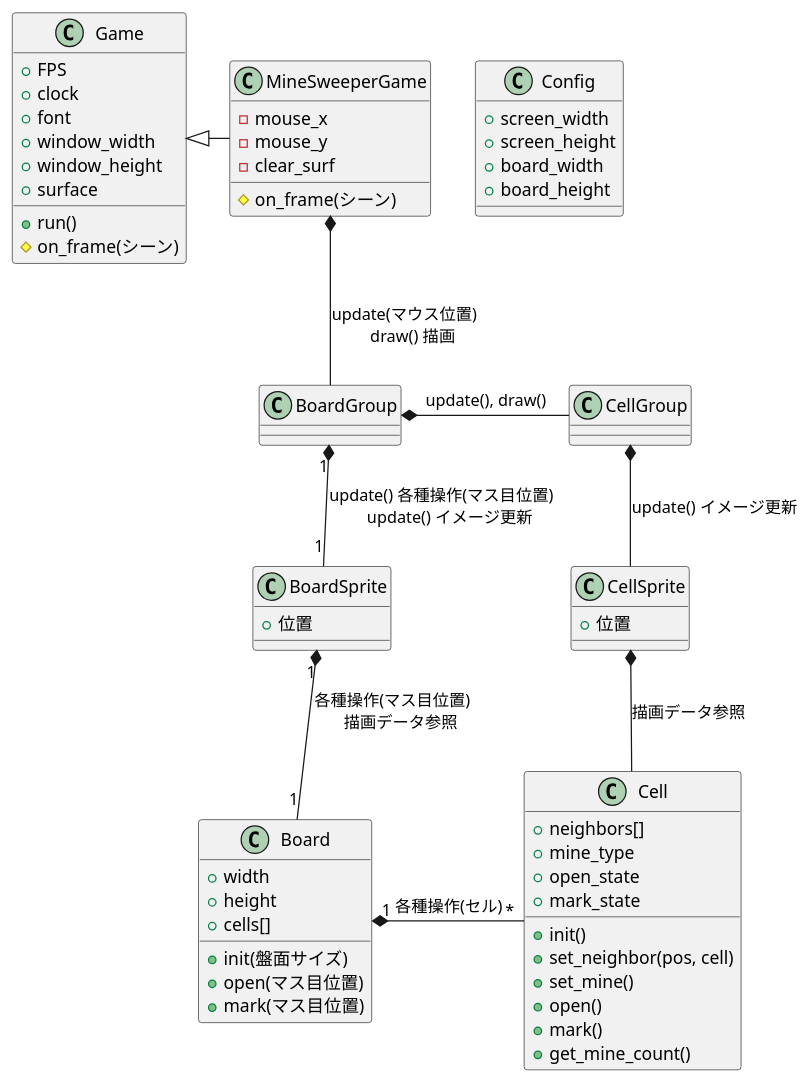
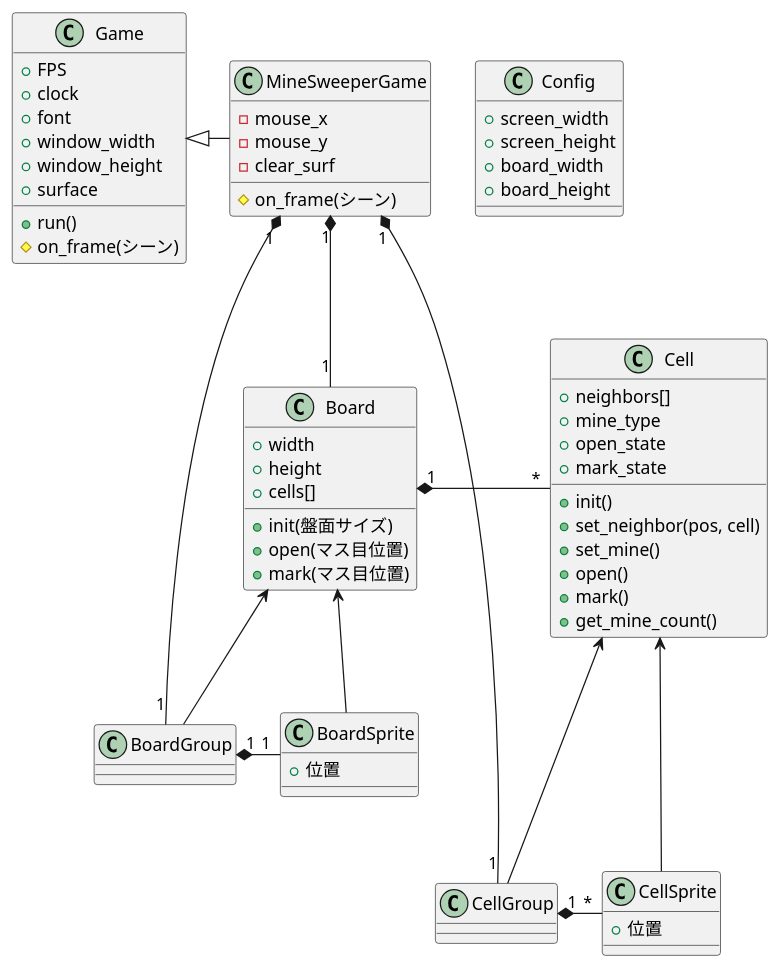
One commit to ooishiisao/pygame_game changed the diagram in mine_sweeper/mine_sweeper.md. Above: the diagram before and after it, drawn with PlantUML. The commit also changed 1 other file, not shown here.

Commit message:
クリックに反応するまで

```diff
--- a/mine_sweeper/mine_sweeper.md
+++ b/mine_sweeper/mine_sweeper.md
@@ -63,23 +63,20 @@
 }
 
 Game <|- MineSweeperGame
-MineSweeperGame *-- BoardGroup : \
-    update(マウス位置)\n\
-    draw() 描画
-BoardGroup *- CellGroup : \
-    update(), draw()
-BoardGroup "1" *-- "1" BoardSprite : \
-    update() 各種操作(マス目位置)\n\
-    update() イメージ更新
-BoardSprite "1" *-- "1" Board : \
-    各種操作(マス目位置)\n\
-    描画データ参照
-CellGroup *-- CellSprite : \
-    update() イメージ更新
-CellSprite *-- Cell : \
-    描画データ参照
+MineSweeperGame  "1" *-- "1" Board
+MineSweeperGame  "1" *-- "1" BoardGroup
+MineSweeperGame  "1" *-- "1" CellGroup
 
-Board "1" *- "*" Cell : 各種操作(セル)
+Board            "1" *-   "*" Cell
+
+Board                <--      BoardGroup
+Board                <--      BoardSprite
+BoardGroup       "1" *-  "1"  BoardSprite
+
+Cell                 <---     CellGroup
+Cell                 <---     CellSprite
+CellGroup        "1" *-   "*" CellSprite
+
 
 class Config
 {
```
